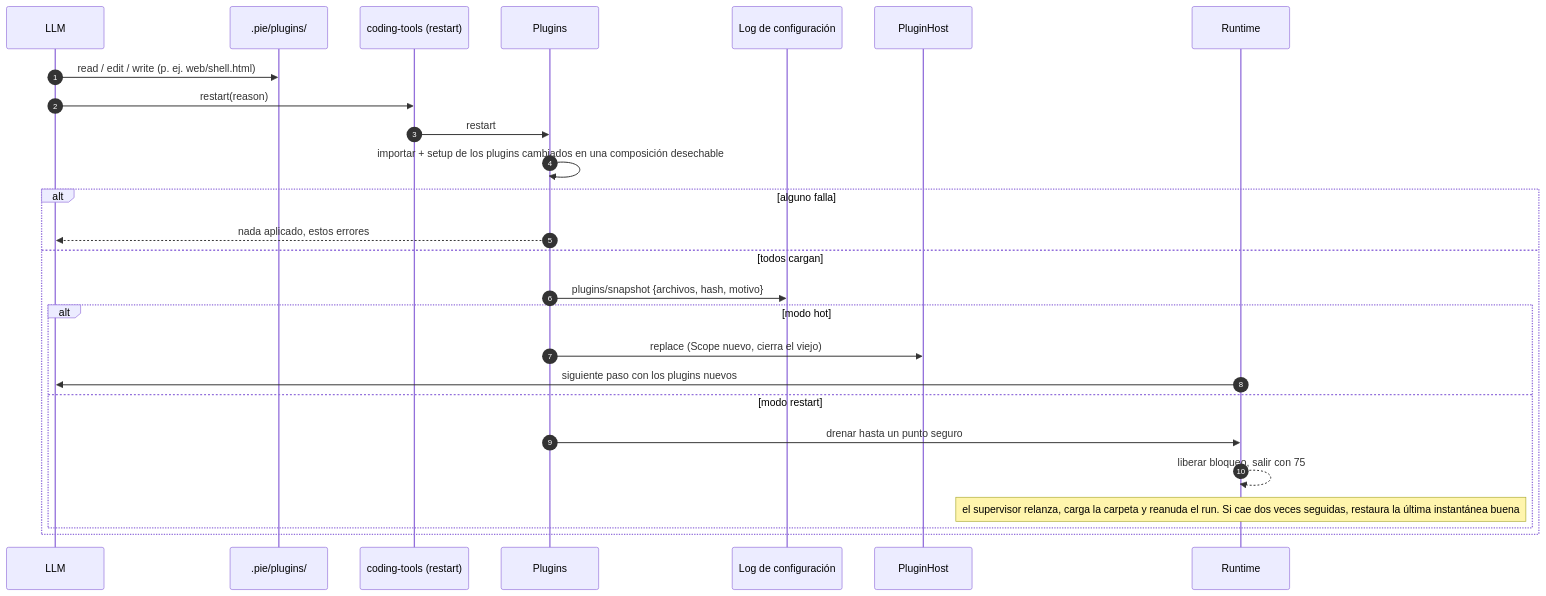
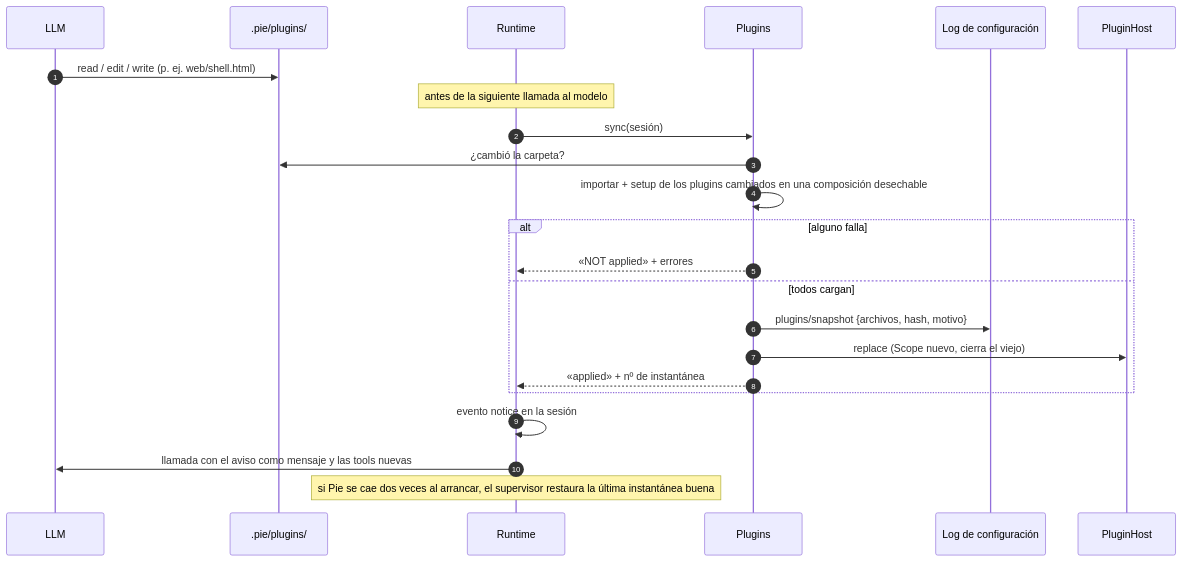
The diagram in docs/diagramas/automodificacion.mmd (JavierDeDiegoGuzman/pie), drawn with Mermaid before and after one commit. The commit also changed 21 other files, not shown here.

```diff
--- a/docs/diagramas/automodificacion.mmd
+++ b/docs/diagramas/automodificacion.mmd
@@ -1,26 +1,23 @@
 sequenceDiagram
   autonumber
   participant M as LLM
   participant F as .pie/plugins/
-  participant S as coding-tools (restart)
+  participant R as Runtime
   participant P as Plugins
   participant C as Log de configuración
   participant H as PluginHost
-  participant R as Runtime
   M->>F: read / edit / write (p. ej. web/shell.html)
-  M->>S: restart(reason)
-  S->>P: restart
+  Note over R: antes de la siguiente llamada al modelo
+  R->>P: sync(sesión)
+  P->>F: ¿cambió la carpeta?
   P->>P: importar + setup de los plugins cambiados en una composición desechable
   alt alguno falla
-    P-->>M: nada aplicado, estos errores
+    P-->>R: «NOT applied» + errores
   else todos cargan
     P->>C: plugins/snapshot {archivos, hash, motivo}
-    alt modo hot
-      P->>H: replace (Scope nuevo, cierra el viejo)
-      R->>M: siguiente paso con los plugins nuevos
-    else modo restart
-      P->>R: drenar hasta un punto seguro
-      R-->>R: liberar bloqueo, salir con 75
-      Note over R: el supervisor relanza, carga la carpeta y reanuda el run. Si cae dos veces seguidas, restaura la última instantánea buena
-    end
+    P->>H: replace (Scope nuevo, cierra el viejo)
+    P-->>R: «applied» + nº de instantánea
   end
+  R->>R: evento notice en la sesión
+  R->>M: llamada con el aviso como mensaje y las tools nuevas
+  Note over R: si Pie se cae dos veces al arrancar, el supervisor restaura la última instantánea buena
```
